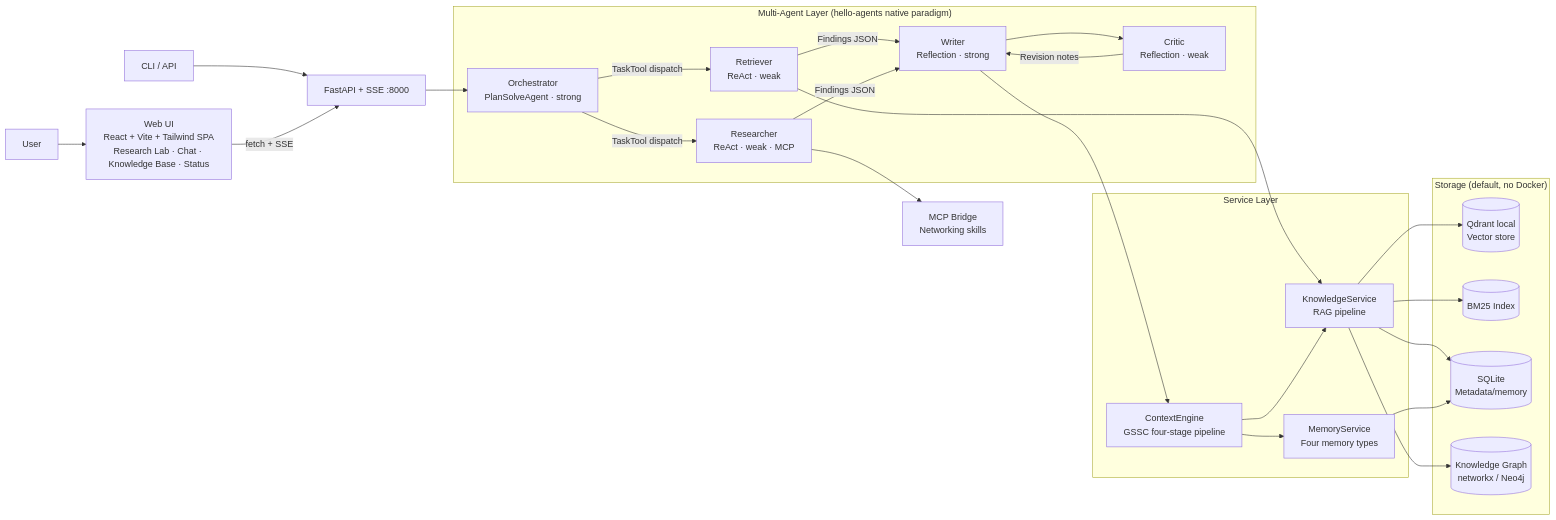
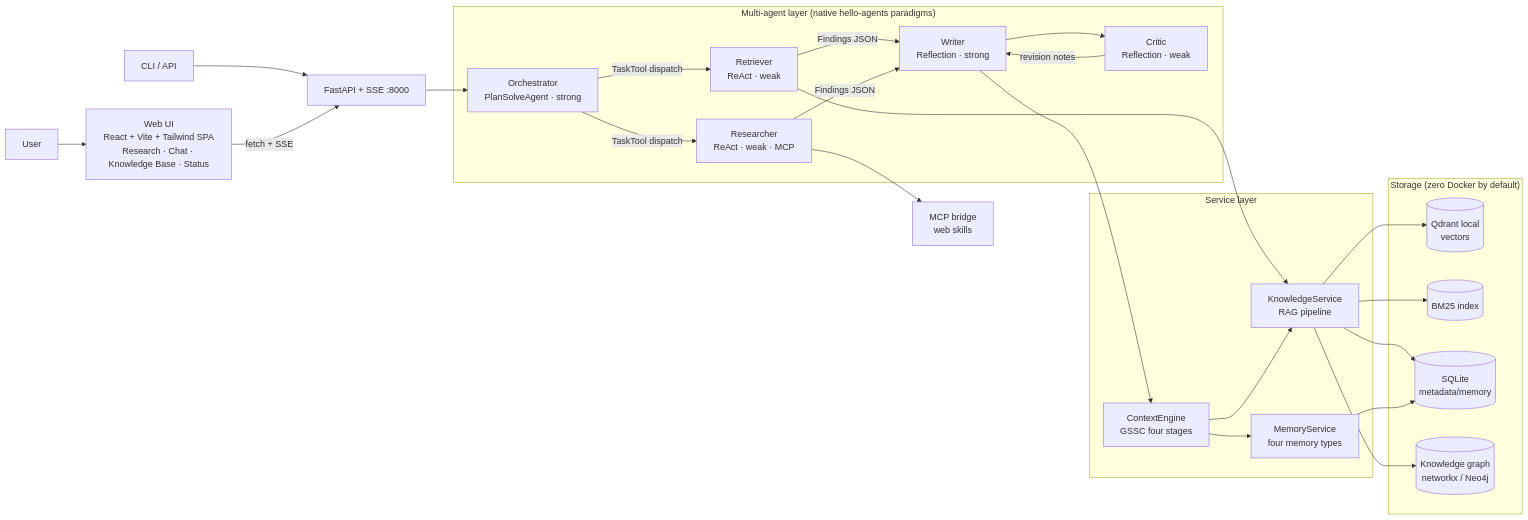
Before and after one commit to EthyleneC2H4/Cortex: the first of 2 diagrams in README.md, drawn with Mermaid. The commit also changed other lines of this file and 1 other file, not shown here.

````diff
--- a/README.md
+++ b/README.md
@@ -14,41 +77,41 @@
 ```mermaid
 flowchart LR
     U["User"] --> WEB
     U2["CLI / API"] --> SRV
-    WEB["Web UI<br/>React + Vite + Tailwind SPA<br/>Research Lab · Chat · Knowledge Base · Status"]
+    WEB["Web UI<br/>React + Vite + Tailwind SPA<br/>Research · Chat · Knowledge Base · Status"]
     WEB -->|"fetch + SSE"| SRV["FastAPI + SSE :8000"]
     SRV --> ORCH
 
-    subgraph AGENTS["Multi-Agent Layer (hello-agents native paradigm)"]
+    subgraph AGENTS["Multi-agent layer (native hello-agents paradigms)"]
         ORCH["Orchestrator<br/>PlanSolveAgent · strong"]
         RET["Retriever<br/>ReAct · weak"]
         RES["Researcher<br/>ReAct · weak · MCP"]
         WRT["Writer<br/>Reflection · strong"]
         CRT["Critic<br/>Reflection · weak"]
         ORCH -->|"TaskTool dispatch"| RET & RES
         RET & RES -->|"Findings JSON"| WRT
         WRT --> CRT
-        CRT -->|"Revision notes"| WRT
+        CRT -->|"revision notes"| WRT
     end
 
-    subgraph SVC["Service Layer"]
+    subgraph SVC["Service layer"]
         KS["KnowledgeService<br/>RAG pipeline"]
-        MS["MemoryService<br/>Four memory types"]
-        CE["ContextEngine<br/>GSSC four-stage pipeline"]
+        MS["MemoryService<br/>four memory types"]
+        CE["ContextEngine<br/>GSSC four stages"]
     end
 
     RET --> KS
-    RES --> MCP["MCP Bridge<br/>Networking skills"]
+    RES --> MCP["MCP bridge<br/>web skills"]
     WRT --> CE
     CE --> MS & KS
 
-    subgraph STORE["Storage (default, no Docker)"]
-        QD[("Qdrant local<br/>Vector store")]
-        BM[("BM25 Index")]
-        SQ[("SQLite<br/>Metadata/memory")]
-        GP[("Knowledge Graph<br/>networkx / Neo4j")]
+    subgraph STORE["Storage (zero Docker by default)"]
+        QD[("Qdrant local<br/>vectors")]
+        BM[("BM25 index")]
+        SQ[("SQLite<br/>metadata/memory")]
+        GP[("Knowledge graph<br/>networkx / Neo4j")]
     end
 
     KS --> QD & BM & SQ & GP
     MS --> SQ
 ```
````
